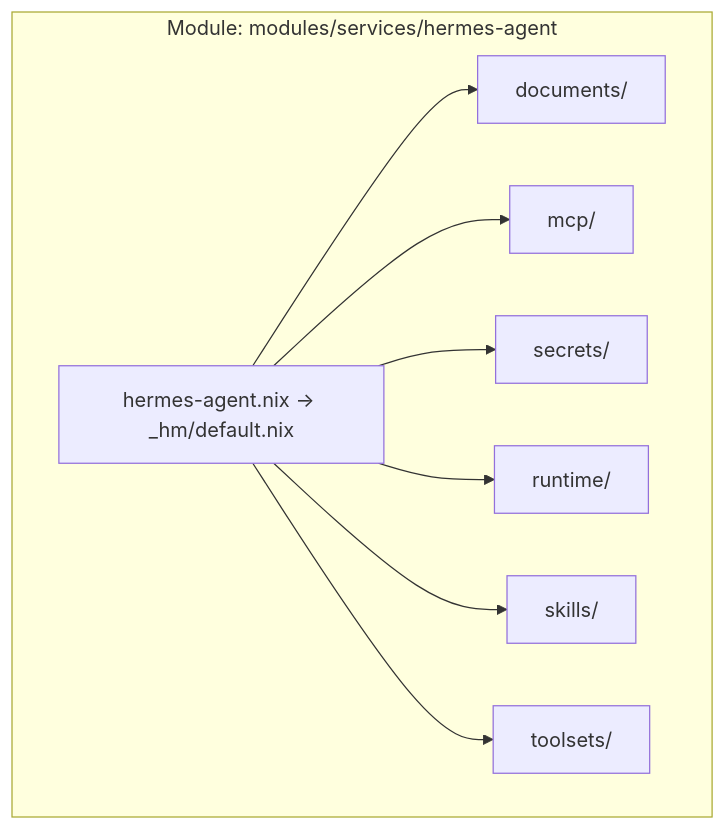
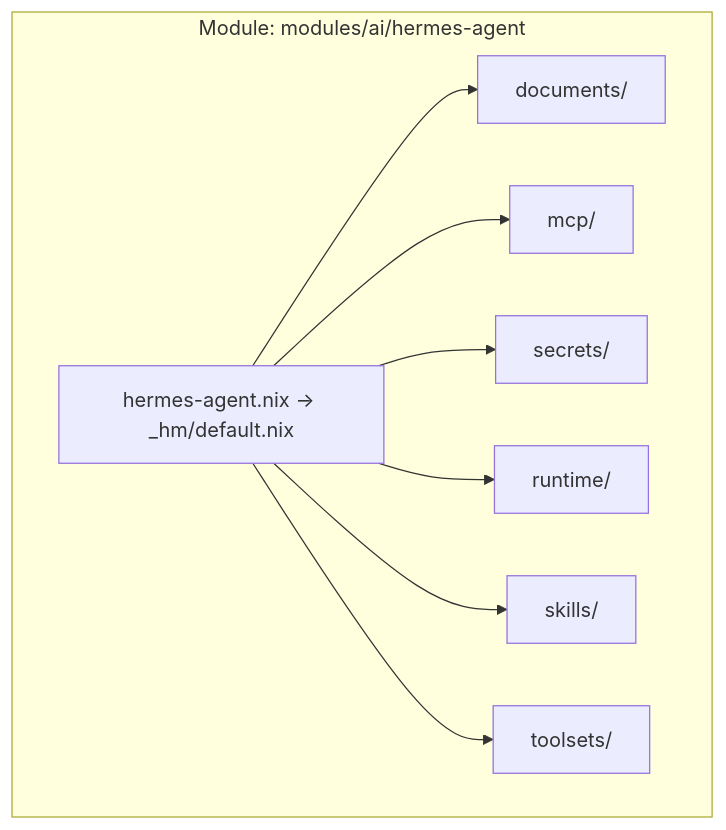
The second of 2 diagrams in docs/Repository-Structure-and-Conventions.md (Cody-W-Tucker/nix-config), drawn with Mermaid before and after one commit. The commit also changed other lines of this file and 95 other files, not shown here.

````diff
--- a/docs/Repository-Structure-and-Conventions.md
+++ b/docs/Repository-Structure-and-Conventions.md
@@ -143,18 +143,18 @@
 ```mermaid
 flowchart TD
-    subgraph subGraph0 ["Module: modules/services/hermes-agent"]
+    subgraph subGraph0 ["Module: modules/ai/hermes-agent"]
         DEF["hermes-agent.nix → _hm/default.nix"]
         DOC["documents/"]
         MCP["mcp/"]
         SEC["secrets/"]
         RUN["runtime/"]
         SKL["skills/"]
         TOOL["toolsets/"]
     end
     DEF --> DOC
     DEF --> MCP
     DEF --> SEC
     DEF --> RUN
     DEF --> SKL
     DEF --> TOOL
 ```
````
